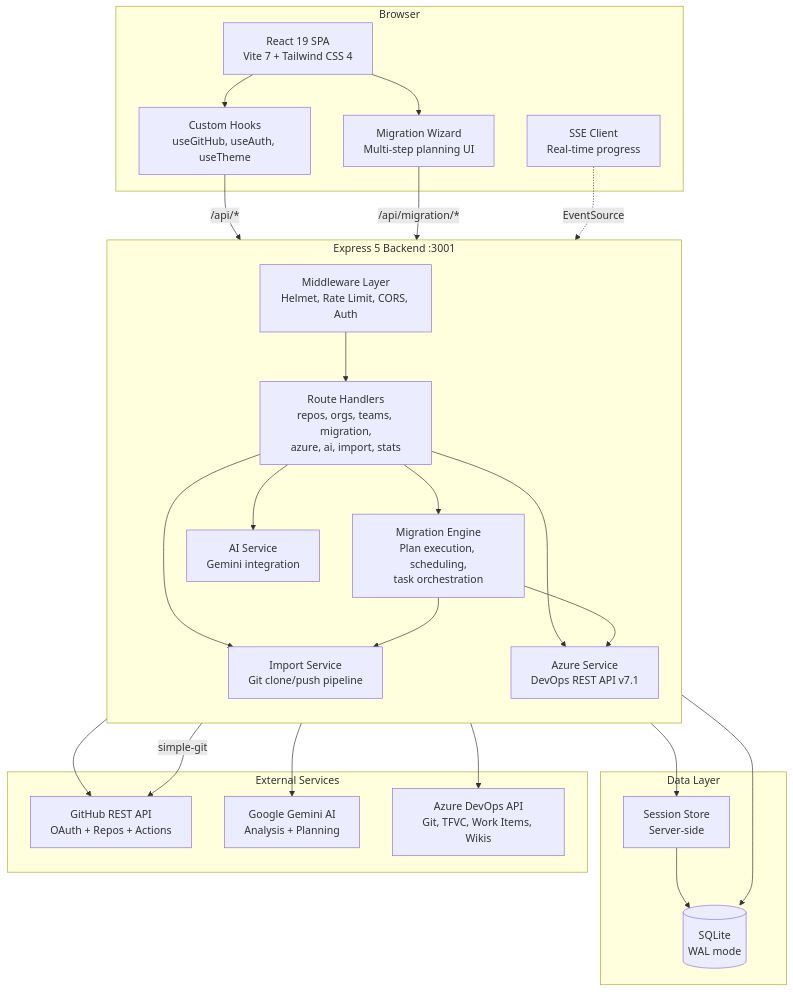
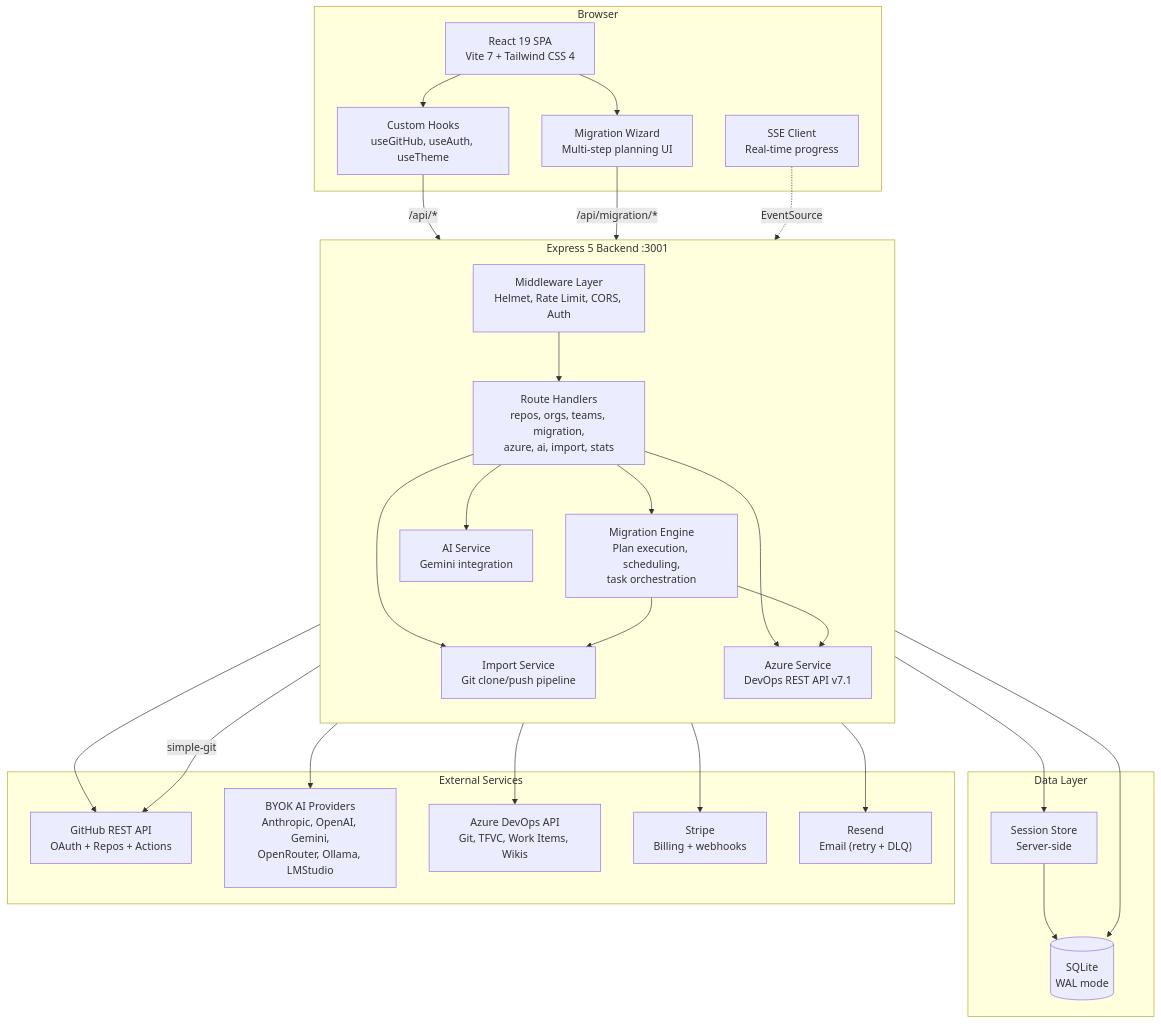
The diagram in docs/architecture/overview.md (brunobola-portfolio/GitHub-Repo-Manager), drawn with Mermaid before and after one commit. The commit also changed other lines of this file and 6 other files, not shown here.

````diff
--- a/docs/architecture/overview.md
+++ b/docs/architecture/overview.md
@@ -173,53 +257,57 @@
 ```mermaid
 graph TB
     subgraph Client["Browser"]
         UI["React 19 SPA<br/>Vite 7 + Tailwind CSS 4"]
         Hooks["Custom Hooks<br/>useGitHub, useAuth, useTheme"]
         Wizard["Migration Wizard<br/>Multi-step planning UI"]
         SSE["SSE Client<br/>Real-time progress"]
     end
 
     subgraph Server["Express 5 Backend :3001"]
         direction TB
         MW["Middleware Layer<br/>Helmet, Rate Limit, CORS, Auth"]
         Routes["Route Handlers<br/>repos, orgs, teams, migration,<br/>azure, ai, import, stats"]
         Engine["Migration Engine<br/>Plan execution, scheduling,<br/>task orchestration"]
         Import["Import Service<br/>Git clone/push pipeline"]
         AI["AI Service<br/>Gemini integration"]
         Azure["Azure Service<br/>DevOps REST API v7.1"]
     end
 
     subgraph Storage["Data Layer"]
         DB[("SQLite<br/>WAL mode")]
         Sessions["Session Store<br/>Server-side"]
     end
 
     subgraph External["External Services"]
         GH["GitHub REST API<br/>OAuth + Repos + Actions"]
-        Gemini["Google Gemini AI<br/>Analysis + Planning"]
+        BYOK["BYOK AI Providers<br/>Anthropic, OpenAI, Gemini,<br/>OpenRouter, Ollama, LMStudio"]
         ADO["Azure DevOps API<br/>Git, TFVC, Work Items, Wikis"]
+        Stripe["Stripe<br/>Billing + webhooks"]
+        Resend["Resend<br/>Email (retry + DLQ)"]
     end
 
     UI --> Hooks
     UI --> Wizard
     Hooks -->|"/api/*"| MW
     Wizard -->|"/api/migration/*"| MW
     SSE -.->|"EventSource"| Routes
 
     MW --> Routes
     Routes --> Engine
     Routes --> Import
     Routes --> AI
     Routes --> Azure
     Engine --> Import
     Engine --> Azure
 
     Routes --> DB
     MW --> Sessions
     Sessions --> DB
 
     Routes --> GH
-    AI --> Gemini
+    AI --> BYOK
     Azure --> ADO
+    Routes --> Stripe
+    Routes --> Resend
     Import -->|"simple-git"| GH
 ```
````
